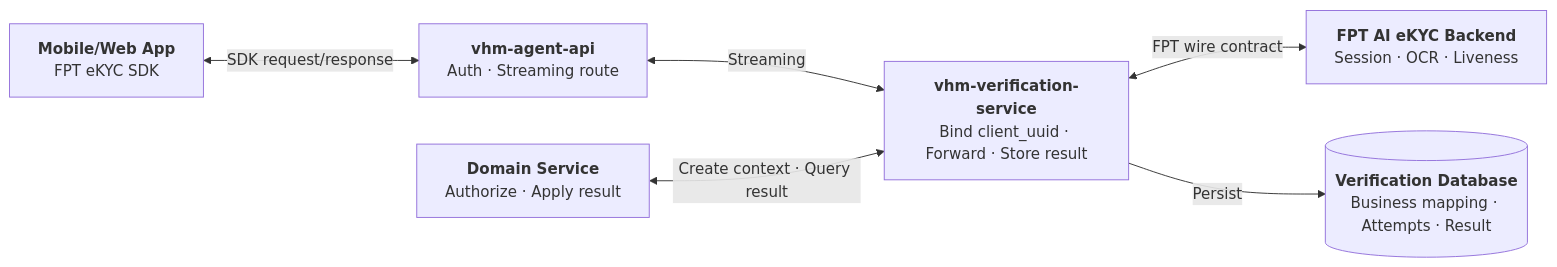
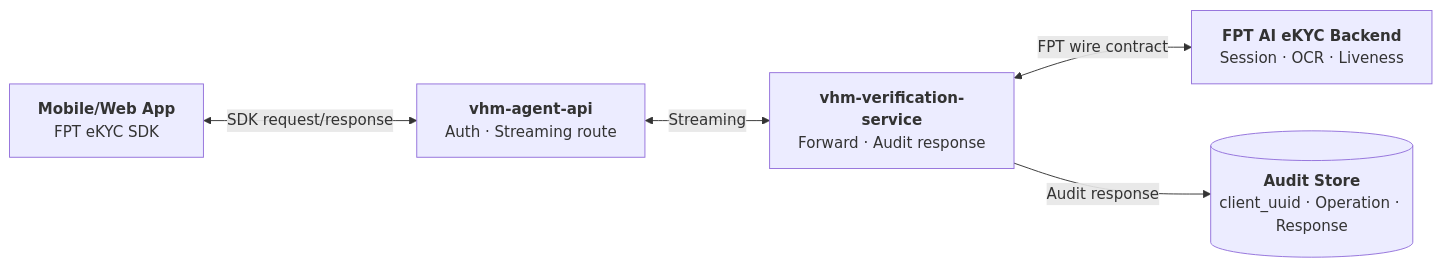
Before and after one commit to huynv-xyz/vhm: the fifth of 8 diagrams in noxh-ekyc.md, drawn with Mermaid. The commit also changed other lines of this file, not shown here.

````diff
--- a/noxh-ekyc.md
+++ b/noxh-ekyc.md
@@ -324,21 +318,18 @@
 ```mermaid
 flowchart LR
     APP["`**Mobile/Web App**
 FPT eKYC SDK`"]
     BFF["`**vhm-agent-api**
 Auth · Streaming route`"]
     SERVICE["`**vhm-verification-service**
-Bind client_uuid · Forward · Store result`"]
-    DB[("`**Verification Database**
-Business mapping · Attempts · Result`")]
+Forward · Audit response`"]
+    AUDIT[("`**Audit Store**
+client_uuid · Operation · Response`")]
     FPT["`**FPT AI eKYC Backend**
 Session · OCR · Liveness`"]
-    DOMAIN["`**Domain Service**
-Authorize · Apply result`"]
 
     APP <-->|"SDK request/response"| BFF
     BFF <-->|"Streaming"| SERVICE
     SERVICE <-->|"FPT wire contract"| FPT
-    SERVICE -->|"Persist"| DB
-    DOMAIN <-->|"Create context · Query result"| SERVICE
+    SERVICE -->|"Audit response"| AUDIT
 ```
````
